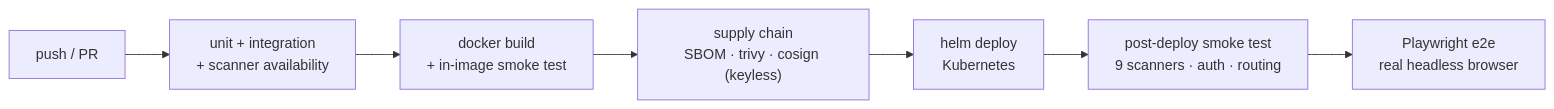
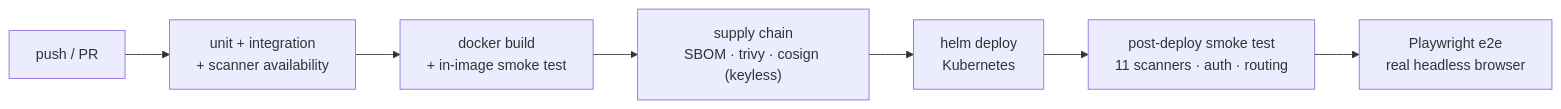
Before and after one commit to ravisinghrajput95/AI-DevSecOps-Sentinel: the second of 2 diagrams in README.md, drawn with Mermaid. The commit also changed other lines of this file and 18 other files, not shown here.

````diff
--- a/README.md
+++ b/README.md
@@ -70,9 +119,9 @@
 ```mermaid
 flowchart LR
     Push["push / PR"] --> Tests["unit + integration<br/>+ scanner availability"]
     Tests --> Build["docker build<br/>+ in-image smoke test"]
     Build --> Supply["supply chain<br/>SBOM · trivy · cosign (keyless)"]
     Supply --> Deploy["helm deploy<br/>Kubernetes"]
-    Deploy --> Smoke["post-deploy smoke test<br/>9 scanners · auth · routing"]
+    Deploy --> Smoke["post-deploy smoke test<br/>11 scanners · auth · routing"]
     Smoke --> E2E["Playwright e2e<br/>real headless browser"]
 ```
````
